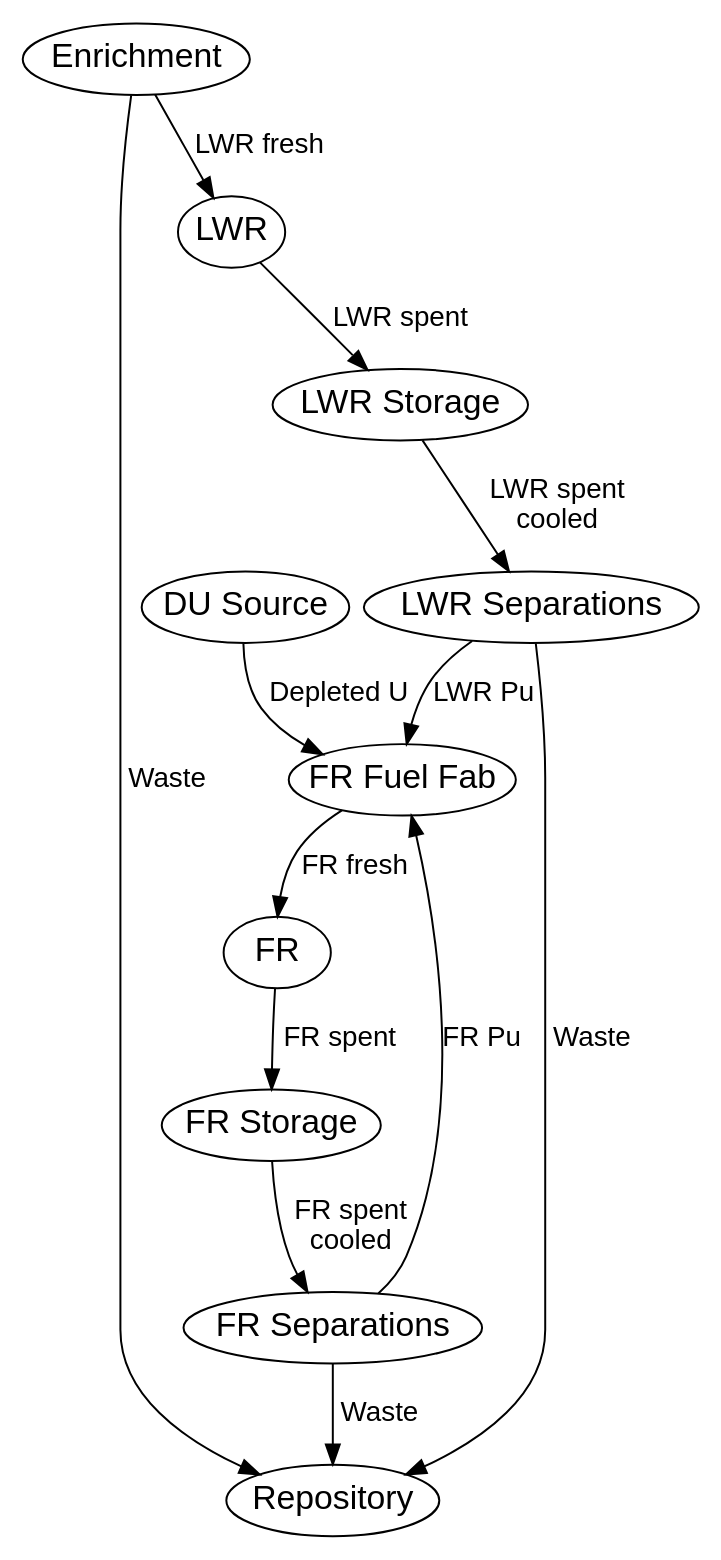
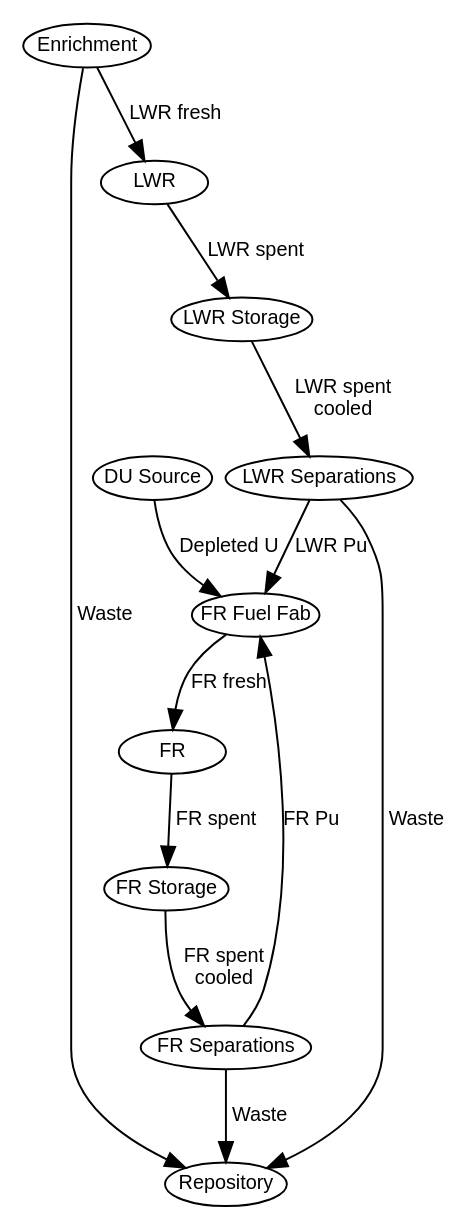
One commit to rwcarlsen/fleetpaper changed the diagram in exp2/flow.dot. Above: the diagram before and after it, drawn with Graphviz. The commit also changed 9 other files, not shown here.

```diff
--- a/exp2/flow.dot
+++ b/exp2/flow.dot
@@ -1,21 +1,21 @@
 digraph ResourceFlows {
     overlap = false;
     nodesep=0.1;
-    node [fontname="helvetica", fontsize=17, margin="0.00,0.00"];
-    edge [fontname="helvetica", fontsize=14];
+    node [fontname="Helvetica", fontsize=10, margin="0.00,0.00", height=.3];
+    edge [fontname="Helvetica", fontsize=10];
 	
 
     "DU Source" -> "FR Fuel Fab" [label="Depleted U"];
 
     "Enrichment" -> "Repository" [label=" Waste"];
     "Enrichment" -> "LWR" [label="LWR fresh"];
     "FR" -> "FR Storage" [label=" FR spent"];
     "FR Separations" -> "FR Fuel Fab" [label="FR Pu"];
     "FR Separations" -> "Repository" [label=" Waste"];
-    "FR Storage" -> "FR Separations" [label="FR spent\ncooled"];
+    "FR Storage" -> "FR Separations" [label="FR spent \ncooled"];
     "FR Fuel Fab" -> "FR" [label="FR fresh"];
     "LWR" -> "LWR Storage" [label="LWR spent"];
-    "LWR Separations" -> "FR Fuel Fab" [label="LWR Pu"];
+    "LWR Separations" -> "FR Fuel Fab" [label="LWR Pu "];
     "LWR Separations" -> "Repository" [label=" Waste"];
     "LWR Storage" -> "LWR Separations" [label="LWR spent\ncooled"];
 }
```
